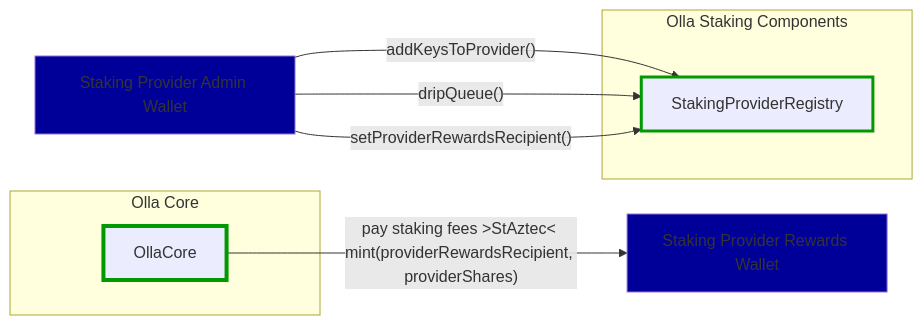
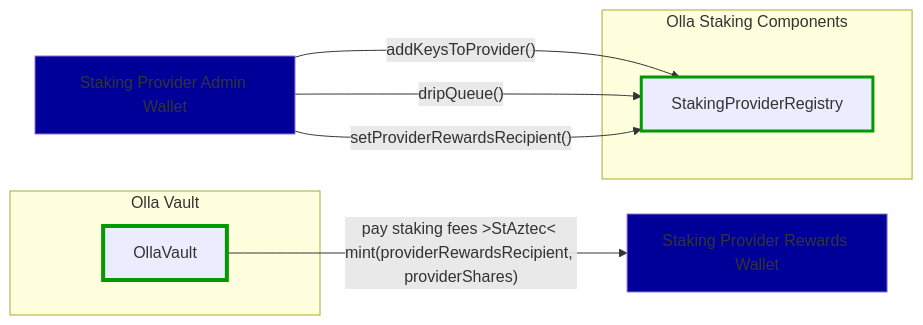
Before and after one commit to ollafinance/core: the seventh of 8 diagrams in docs/overview.md, drawn with Mermaid. The commit also changed other lines of this file and 149 other files, not shown here.

First line of the commit message:
improvement: split OllaCore into OllaVault + OllaCore for ERC-7540 compliance (#306)

````diff
--- a/docs/overview.md
+++ b/docs/overview.md
@@ -317,24 +352,24 @@
 ```mermaid
 flowchart LR
 
 stakingProviderAdminWallet[Staking Provider Admin Wallet]
 stakingProviderRewardsWallet[Staking Provider Rewards Wallet]
 
 subgraph "Olla Staking Components"
     spr[StakingProviderRegistry]
 end
-subgraph "Olla Core"
-    core[OllaCore]
+subgraph "Olla Vault"
+    vault[OllaVault]
 end
 
 stakingProviderAdminWallet -->|"addKeysToProvider()"| spr
 stakingProviderAdminWallet -->|"dripQueue()"| spr
 stakingProviderAdminWallet -->|"setProviderRewardsRecipient()"| spr
 
-core -->|"pay staking fees >StAztec< mint(providerRewardsRecipient, providerShares)"| stakingProviderRewardsWallet
+vault -->|"pay staking fees >StAztec< mint(providerRewardsRecipient, providerShares)"| stakingProviderRewardsWallet
 
 style stakingProviderAdminWallet fill:#009
 style stakingProviderRewardsWallet fill:#009
-style core stroke:#090,stroke-width:4px
+style vault stroke:#090,stroke-width:4px
 style spr stroke:#090,stroke-width:3px
 ```
````
